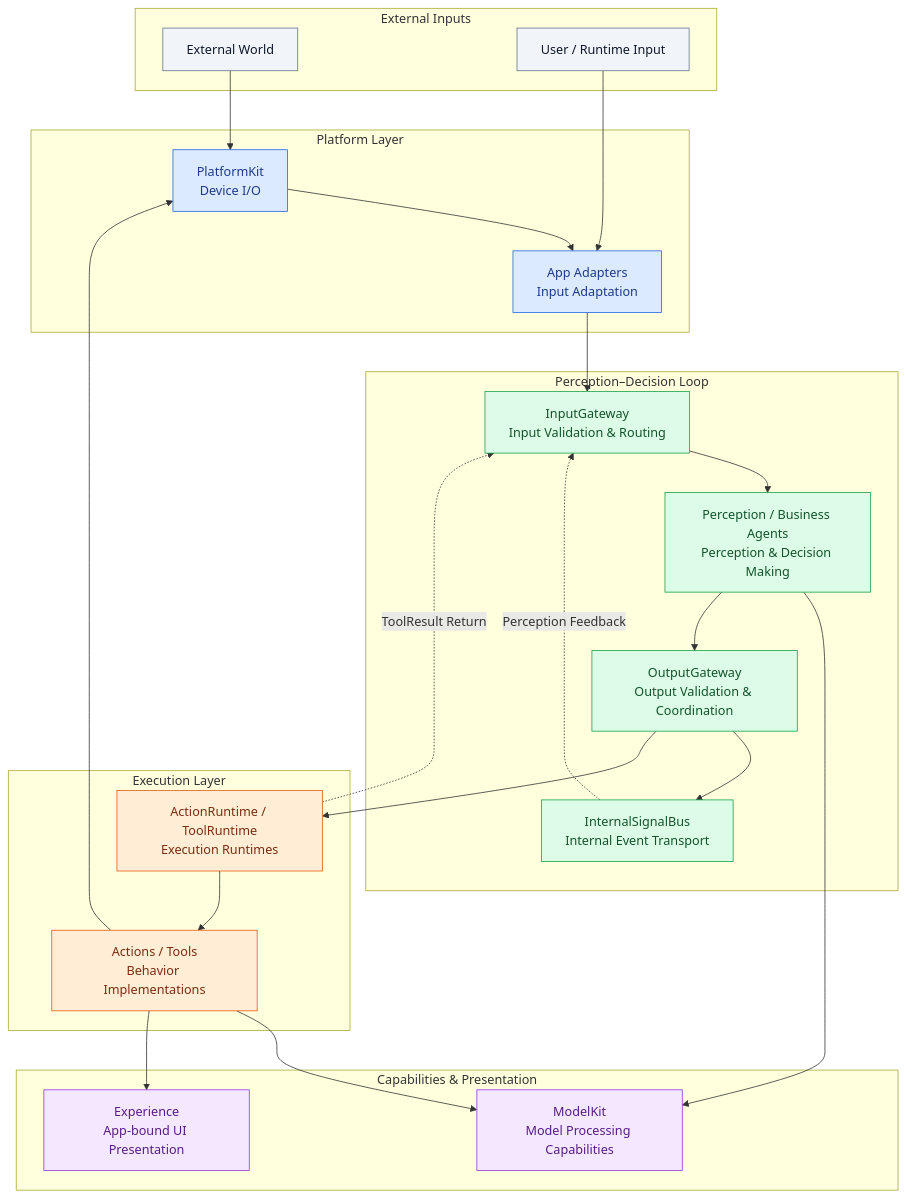
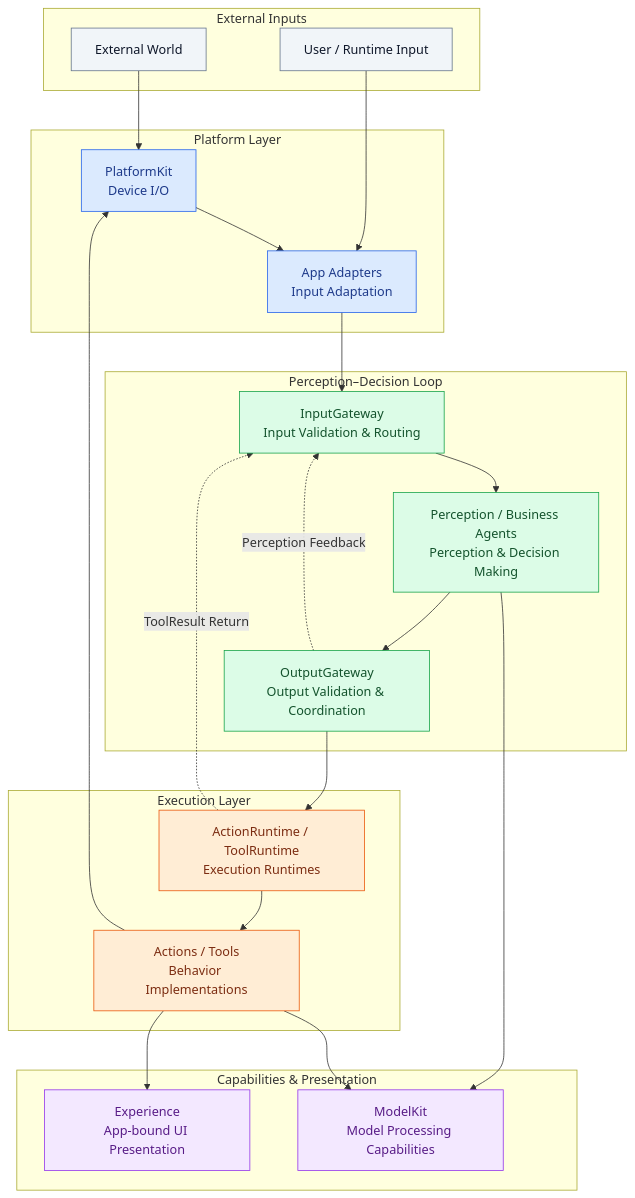
Before and after one commit to devilyouwei/MobileHarness: the first of 5 diagrams in MobileHarness/README.md, drawn with Mermaid. The commit also changed other lines of this file and 40 other files, not shown here.

Commit message:
refactor: replace signal bus with direct gateway admission

````diff
--- a/MobileHarness/README.md
+++ b/MobileHarness/README.md
@@ -36,56 +36,54 @@
 ```mermaid
 flowchart TB
     subgraph ExternalLayer["External Inputs"]
         World["External World"]
         User["User / Runtime Input"]
     end
 
     subgraph PlatformLayer["Platform Layer"]
         Platform["PlatformKit<br/>Device I/O"]
         App["App Adapters<br/>Input Adaptation"]
     end
 
     subgraph CoreLayer["Perception–Decision Loop"]
         Input["InputGateway<br/>Input Validation & Routing"]
         Agents["Perception / Business Agents<br/>Perception & Decision Making"]
         Output["OutputGateway<br/>Output Validation & Coordination"]
-        Bus["InternalSignalBus<br/>Internal Event Transport"]
     end
 
     subgraph ExecutionLayer["Execution Layer"]
         Runtime["ActionRuntime / ToolRuntime<br/>Execution Runtimes"]
         Functions["Actions / Tools<br/>Behavior Implementations"]
     end
 
     subgraph CapabilityLayer["Capabilities & Presentation"]
         Models["ModelKit<br/>Model Processing Capabilities"]
         UI["Experience<br/>App-bound UI Presentation"]
     end
 
     World --> Platform
     Platform --> App
     User --> App
     App --> Input
     Input --> Agents
     Agents --> Models
     Agents --> Output
-    Output --> Bus
-    Bus -.->|Perception Feedback| Input
+    Output -.->|Perception Feedback| Input
     Output --> Runtime
     Runtime --> Functions
     Functions --> Models
     Functions --> Platform
     Functions --> UI
     Runtime -.->|ToolResult Return| Input
 
     classDef external fill:#F1F5F9,stroke:#64748B,color:#0F172A
     classDef platform fill:#DBEAFE,stroke:#2563EB,color:#1E3A8A
     classDef core fill:#DCFCE7,stroke:#16A34A,color:#14532D
     classDef execution fill:#FFEDD5,stroke:#EA580C,color:#7C2D12
     classDef capability fill:#F3E8FF,stroke:#9333EA,color:#581C87
     class World,User external
     class Platform,App platform
-    class Input,Agents,Output,Bus core
+    class Input,Agents,Output core
     class Runtime,Functions execution
     class Models,UI capability
 ```
````
